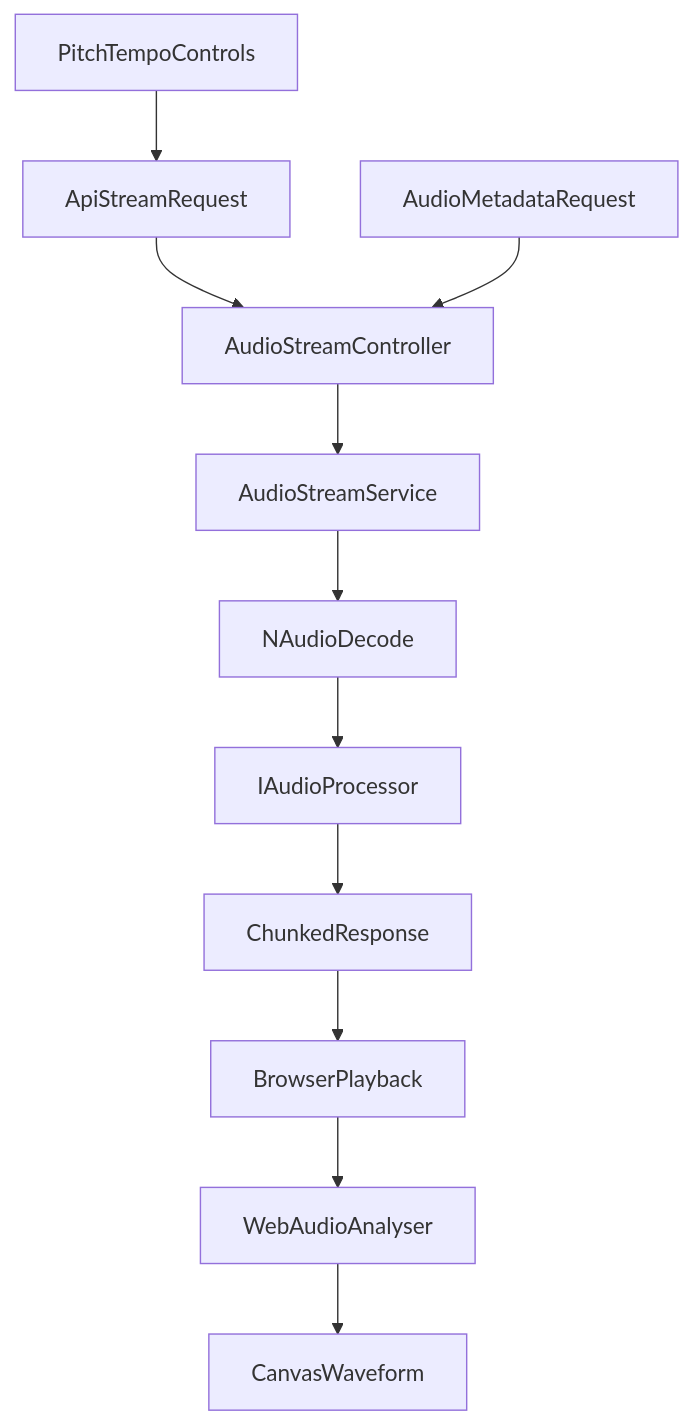
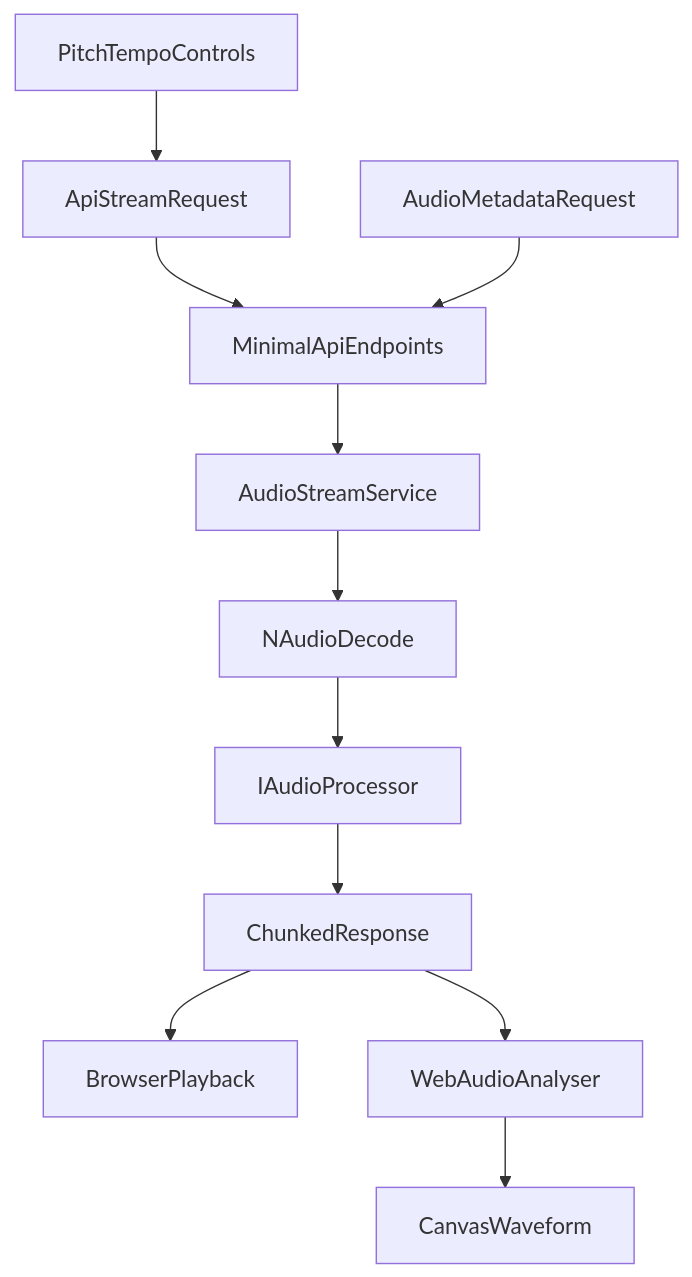
One commit to julipetric/pitch-shifter-demo changed the second of 2 diagrams in docs/ARCHITECTURE.md. Above: the diagram before and after it, drawn with Mermaid. The commit also changed other lines of this file and 4 other files, not shown here.

Commit message:
docs: bring architecture, stack and component READMEs in line with the code

````diff
--- a/docs/ARCHITECTURE.md
+++ b/docs/ARCHITECTURE.md
@@ -34,25 +36,25 @@
 ```mermaid
 flowchart TD
   Controls[PitchTempoControls]
   ApiCall[ApiStreamRequest]
   MetaCall[AudioMetadataRequest]
-  StreamCtl[AudioStreamController]
+  StreamCtl[MinimalApiEndpoints]
   StreamSvc[AudioStreamService]
   Decoder[NAudioDecode]
   Processor[IAudioProcessor]
   Chunker[ChunkedResponse]
   Player[BrowserPlayback]
   Analyzer[WebAudioAnalyser]
   Waveform[CanvasWaveform]
 
   Controls --> ApiCall
   ApiCall --> StreamCtl
   MetaCall --> StreamCtl
   StreamCtl --> StreamSvc
   StreamSvc --> Decoder
   Decoder --> Processor
   Processor --> Chunker
   Chunker --> Player
-  Player --> Analyzer
+  Chunker --> Analyzer
   Analyzer --> Waveform
 ```
````
